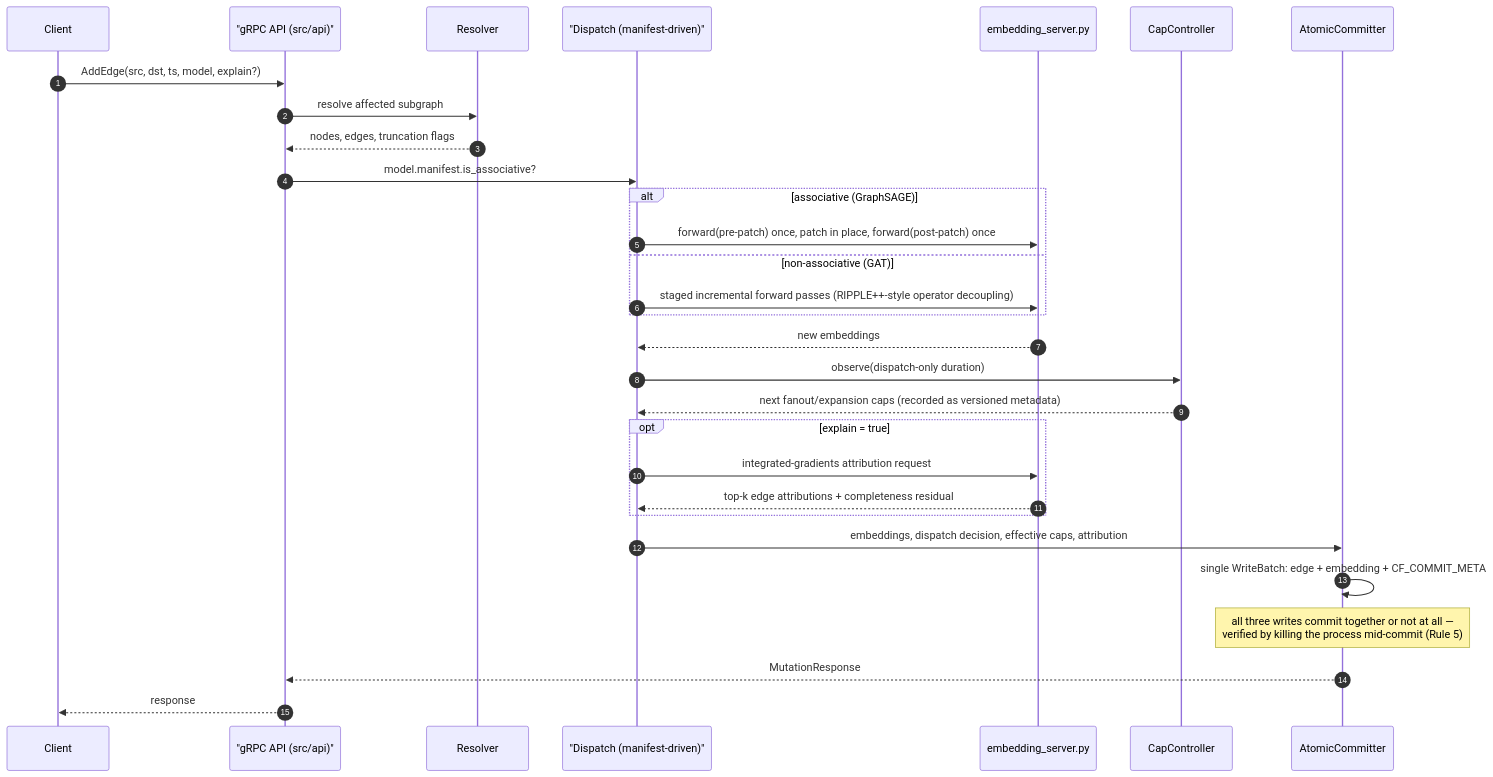
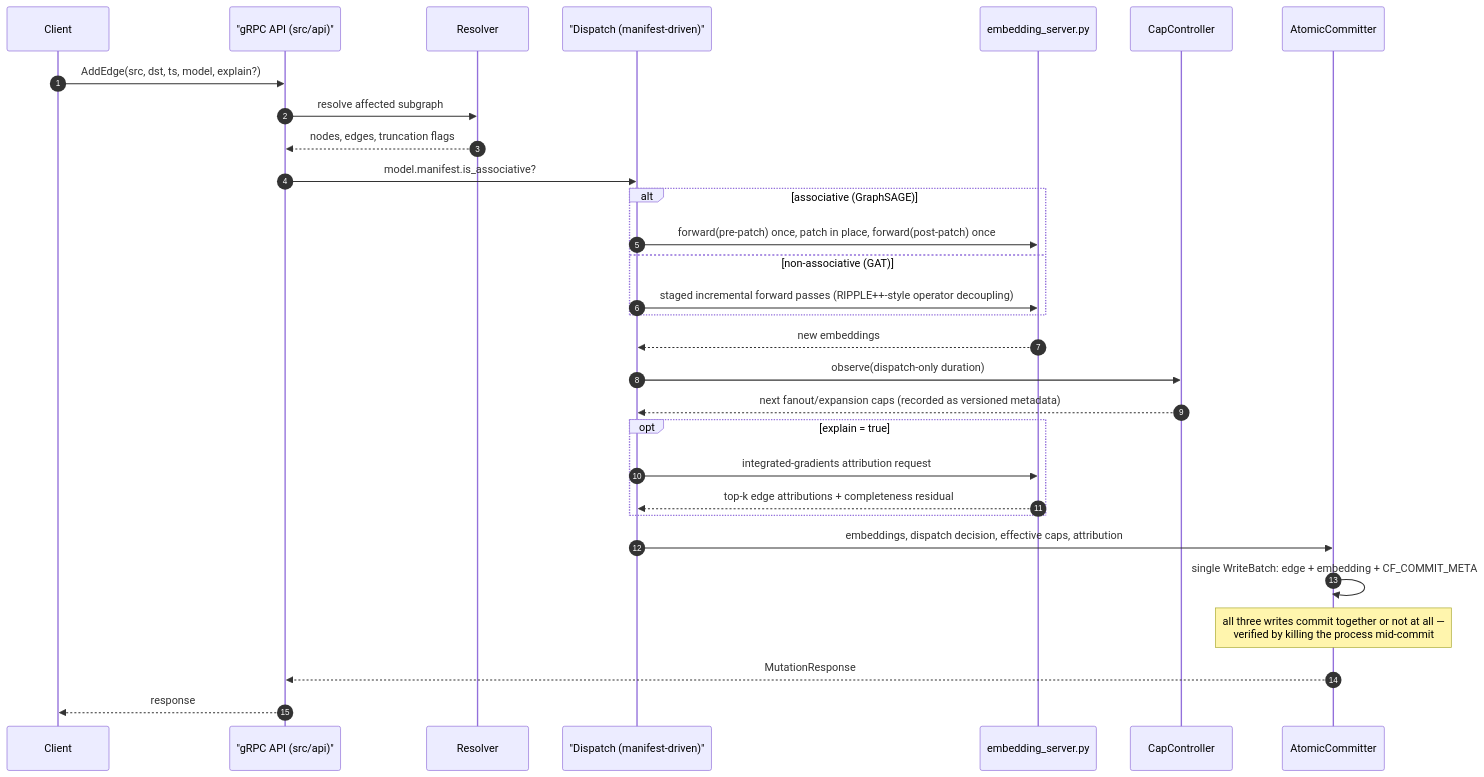
Before and after one commit to Adarsh16-30/Caregraph: the third of 3 diagrams in README.md, drawn with Mermaid. The commit also changed other lines of this file and 113 other files, not shown here.

````diff
--- a/README.md
+++ b/README.md
@@ -393,33 +393,33 @@
 ```mermaid
 sequenceDiagram
     autonumber
     participant C as Client
     participant A as "gRPC API (src/api)"
     participant R as Resolver
     participant D as "Dispatch (manifest-driven)"
     participant P as embedding_server.py
     participant K as CapController
     participant W as AtomicCommitter
 
     C->>A: AddEdge(src, dst, ts, model, explain?)
     A->>R: resolve affected subgraph
     R-->>A: nodes, edges, truncation flags
     A->>D: model.manifest.is_associative?
     alt associative (GraphSAGE)
         D->>P: forward(pre-patch) once, patch in place, forward(post-patch) once
     else non-associative (GAT)
         D->>P: staged incremental forward passes (RIPPLE++-style operator decoupling)
     end
     P-->>D: new embeddings
     D->>K: observe(dispatch-only duration)
     K-->>D: next fanout/expansion caps (recorded as versioned metadata)
     opt explain = true
         D->>P: integrated-gradients attribution request
         P-->>D: top-k edge attributions + completeness residual
     end
     D->>W: embeddings, dispatch decision, effective caps, attribution
     W->>W: single WriteBatch: edge + embedding + CF_COMMIT_META
-    Note over W: all three writes commit together or not at all —<br/>verified by killing the process mid-commit (Rule 5)
+    Note over W: all three writes commit together or not at all —<br/>verified by killing the process mid-commit
     W-->>A: MutationResponse
     A-->>C: response
 ```
````
